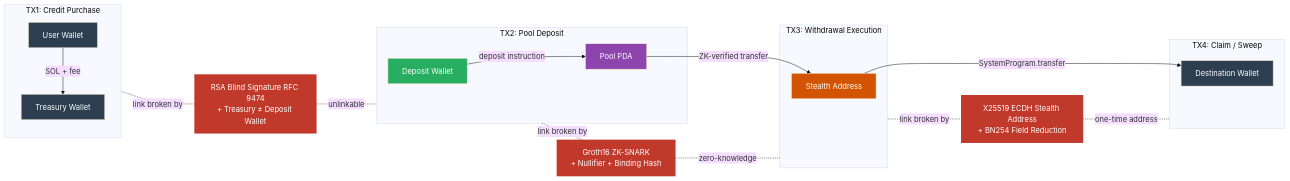
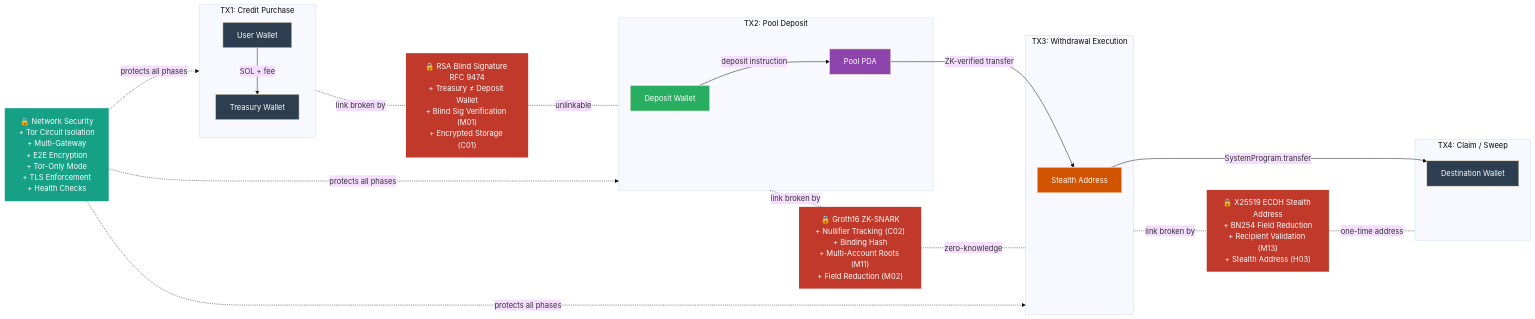
Before and after one commit to MdSadiqMd/TraceZero: the second of 2 diagrams in README.md, drawn with Mermaid (base theme). The commit also changed other lines of this file and 2 other files, not shown here.

````diff
--- a/README.md
+++ b/README.md
@@ -140,43 +176,49 @@
 ```mermaid
 flowchart LR
     subgraph TX1["TX1: Credit Purchase"]
         UW[User Wallet] -->|SOL + fee| TW[Treasury Wallet]
     end
 
     subgraph TX2["TX2: Pool Deposit"]
         DWallet[Deposit Wallet] -->|deposit instruction| Pool[Pool PDA]
     end
 
     subgraph TX3["TX3: Withdrawal Execution"]
         Pool -->|ZK-verified transfer| Stealth[Stealth Address]
     end
 
     subgraph TX4["TX4: Claim / Sweep"]
         Stealth -->|SystemProgram.transfer| Dest[Destination Wallet]
     end
 
     TX1 ~~~ TX2
     TX2 ~~~ TX3
     TX3 ~~~ TX4
 
-    B1[RSA Blind Signature RFC 9474<br/>+ Treasury ≠ Deposit Wallet]
-    B2[Groth16 ZK-SNARK<br/>+ Nullifier + Binding Hash]
-    B3[X25519 ECDH Stealth Address<br/>+ BN254 Field Reduction]
+    B1["🔒 RSA Blind Signature RFC 9474<br/>+ Treasury ≠ Deposit Wallet<br/>+ Blind Sig Verification (M01)<br/>+ Encrypted Storage (C01)"]
+    B2["🔒 Groth16 ZK-SNARK<br/>+ Nullifier Tracking (C02)<br/>+ Binding Hash<br/>+ Multi-Account Roots (M11)<br/>+ Field Reduction (M02)"]
+    B3["🔒 X25519 ECDH Stealth Address<br/>+ BN254 Field Reduction<br/>+ Recipient Validation (M13)<br/>+ Stealth Address (H03)"]
+    B4["🔒 Network Security<br/>+ Tor Circuit Isolation <br/>+ Multi-Gateway <br/>+ E2E Encryption <br/>+ Tor-Only Mode <br/>+ TLS Enforcement <br/>+ Health Checks"]
 
     TX1 -.-|link broken by| B1
     B1 -.-|unlinkable| TX2
     TX2 -.-|link broken by| B2
     B2 -.-|zero-knowledge| TX3
     TX3 -.-|link broken by| B3
     B3 -.-|one-time address| TX4
+    
+    B4 -.->|protects all phases| TX1
+    B4 -.->|protects all phases| TX2
+    B4 -.->|protects all phases| TX3
 
     style B1 fill:#c0392b,color:#fff,stroke:none
     style B2 fill:#c0392b,color:#fff,stroke:none
     style B3 fill:#c0392b,color:#fff,stroke:none
+    style B4 fill:#16a085,color:#fff,stroke:none
     style UW fill:#2c3e50,color:#fff
     style TW fill:#2c3e50,color:#fff
     style DWallet fill:#27ae60,color:#fff
     style Pool fill:#8e44ad,color:#fff
     style Stealth fill:#d35400,color:#fff
     style Dest fill:#2c3e50,color:#fff
 ```
````
